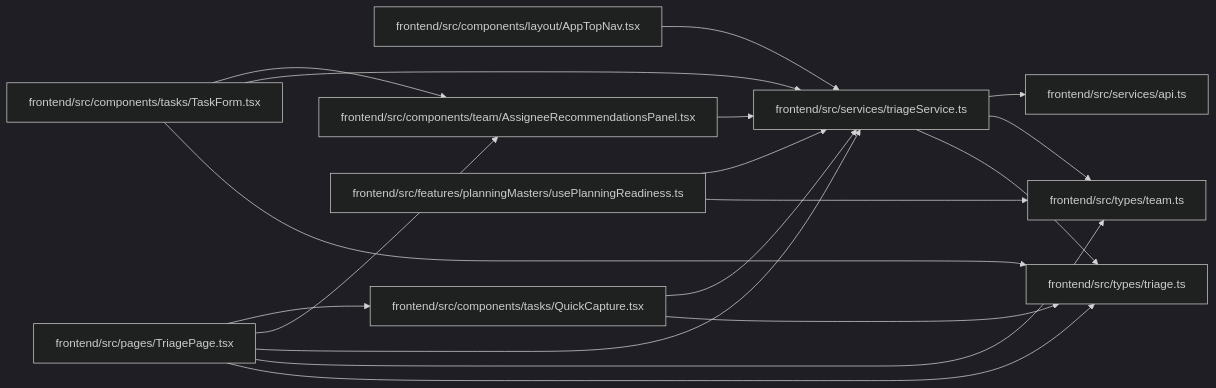
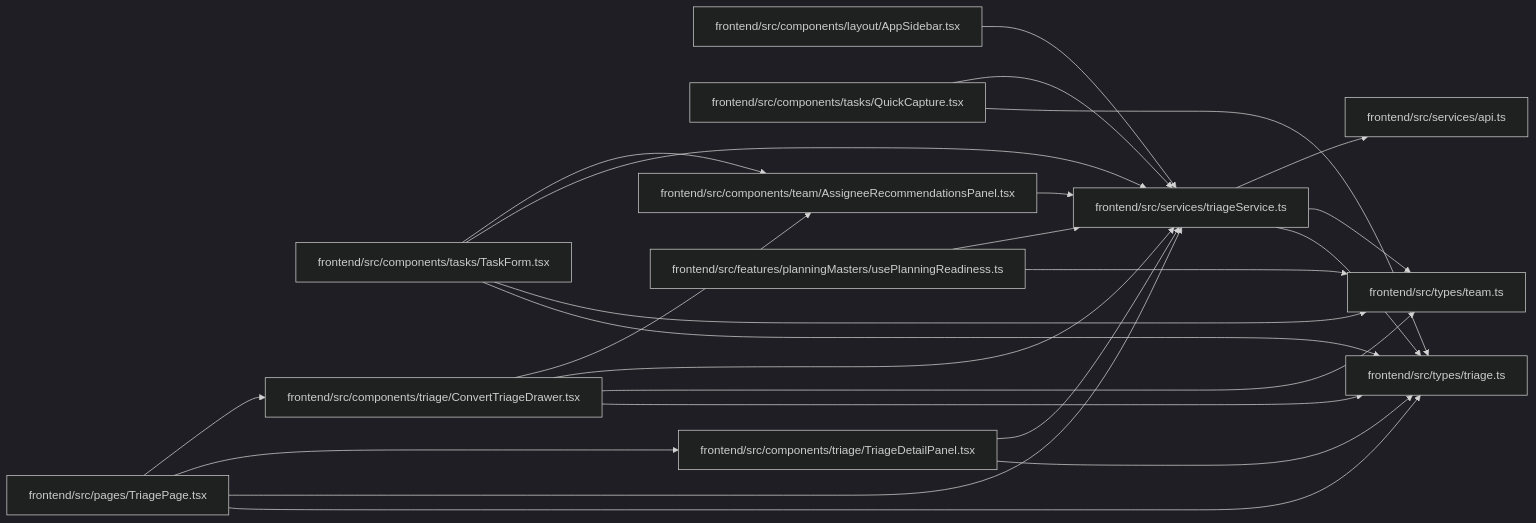
The diagram in docs/llm_wiki/modules/triageService.md (Denissvgn/WorkChord), drawn with Mermaid (dark theme) before and after one commit. The commit also changed other lines of this file and 2373 other files, not shown here.

````diff
--- a/docs/llm_wiki/modules/triageService.md
+++ b/docs/llm_wiki/modules/triageService.md
@@ -29,40 +29,50 @@
 ```mermaid
 flowchart LR
-    n0["frontend/src/components/layout/AppTopNav.tsx"]
+    n0["frontend/src/components/layout/AppSidebar.tsx"]
     n1["frontend/src/components/tasks/QuickCapture.tsx"]
     n2["frontend/src/components/tasks/TaskForm.tsx"]
     n3["frontend/src/components/team/AssigneeRecommendationsPanel.tsx"]
-    n4["frontend/src/features/planningMasters/usePlanningReadiness.ts"]
-    n5["frontend/src/pages/TriagePage.tsx"]
-    n6["frontend/src/services/api.ts"]
-    n7["frontend/src/services/triageService.ts"]
-    n8["frontend/src/types/team.ts"]
-    n9["frontend/src/types/triage.ts"]
-    n0 --> n7
-    n1 --> n7
+    n4["frontend/src/components/triage/ConvertTriageDrawer.tsx"]
+    n5["frontend/src/components/triage/TriageDetailPanel.tsx"]
+    n6["frontend/src/features/planningMasters/usePlanningReadiness.ts"]
+    n7["frontend/src/pages/TriagePage.tsx"]
+    n8["frontend/src/services/api.ts"]
+    n9["frontend/src/services/triageService.ts"]
+    n10["frontend/src/types/team.ts"]
+    n11["frontend/src/types/triage.ts"]
+    n0 --> n9
     n1 --> n9
+    n1 --> n11
     n2 --> n3
-    n2 --> n7
     n2 --> n9
-    n3 --> n7
-    n4 --> n7
-    n4 --> n8
-    n5 --> n1
-    n5 --> n3
-    n5 --> n7
-    n5 --> n8
+    n2 --> n10
+    n2 --> n11
+    n3 --> n9
+    n4 --> n3
+    n4 --> n9
+    n4 --> n10
+    n4 --> n11
     n5 --> n9
-    n7 --> n6
-    n7 --> n8
+    n5 --> n11
+    n6 --> n9
+    n6 --> n10
+    n7 --> n4
+    n7 --> n5
     n7 --> n9
-    click n0 "../modules/AppTopNav.md"
+    n7 --> n11
+    n9 --> n8
+    n9 --> n10
+    n9 --> n11
+    click n0 "../modules/AppSidebar.md"
     click n1 "../modules/QuickCapture.md"
     click n2 "../modules/TaskForm.md"
     click n3 "../modules/AssigneeRecommendationsPanel.md"
-    click n4 "../modules/usePlanningReadiness.md"
-    click n5 "../modules/TriagePage.md"
-    click n6 "../modules/api.md"
-    click n7 "../modules/triageService.md"
-    click n8 "../modules/types_team.md"
-    click n9 "../modules/types_triage.md"
+    click n4 "../modules/ConvertTriageDrawer.md"
+    click n5 "../modules/TriageDetailPanel.md"
+    click n6 "../modules/usePlanningReadiness.md"
+    click n7 "../modules/TriagePage.md"
+    click n8 "../modules/api.md"
+    click n9 "../modules/triageService.md"
+    click n10 "../modules/types_team.md"
+    click n11 "../modules/types_triage.md"
 ```
````
